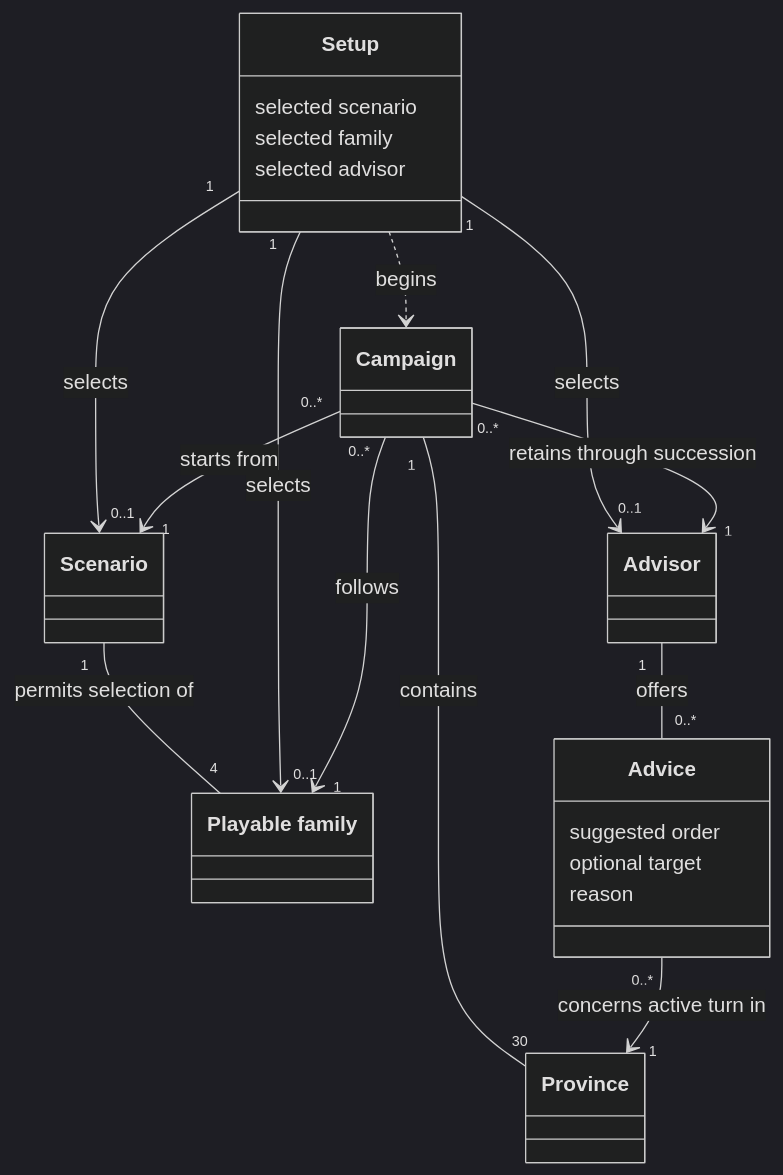
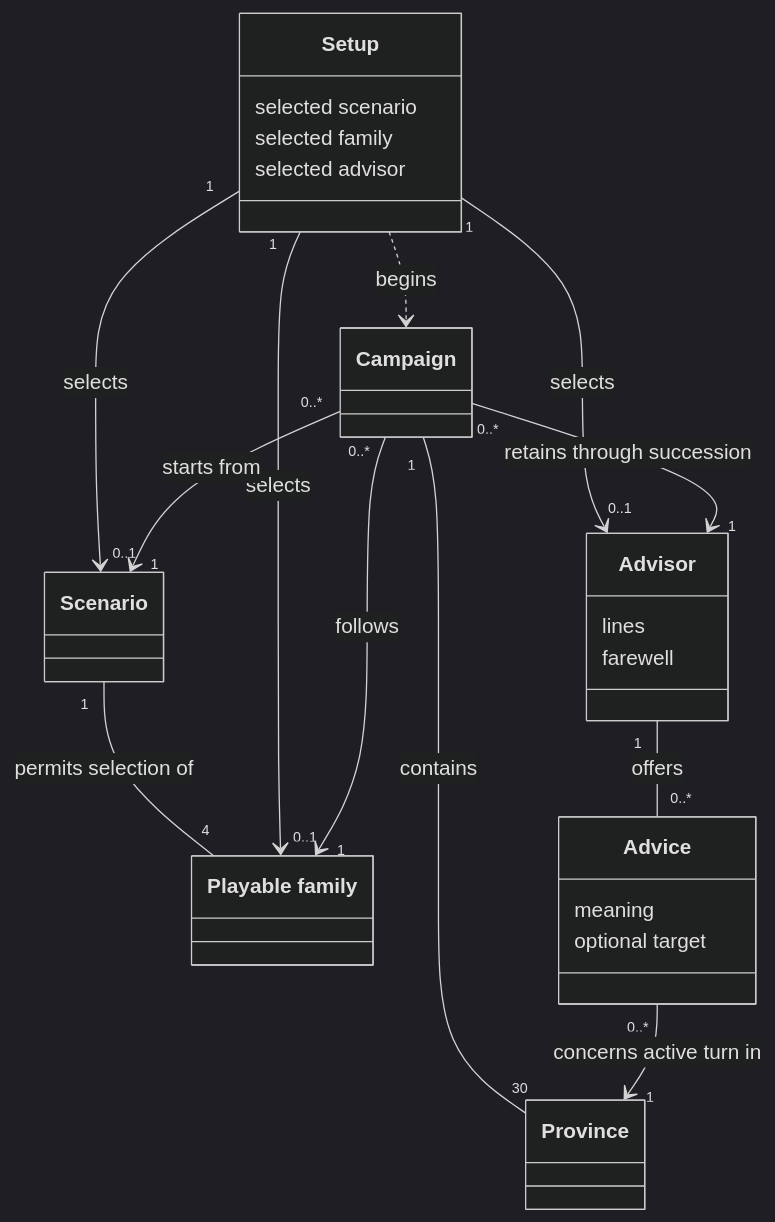
One commit to pslotinsky/kunstkamera changed the first of 2 diagrams in gemstorm/docs/design/16-new-game-and-advisors.md. Above: the diagram before and after it, drawn with Mermaid (dark theme). The commit also changed other lines of this file and 30 other files, not shown here.

````diff
--- a/gemstorm/docs/design/16-new-game-and-advisors.md
+++ b/gemstorm/docs/design/16-new-game-and-advisors.md
@@ -212,29 +267,31 @@
 ```mermaid
 classDiagram
   class Scenario
   class Campaign
   class Setup {
     selected scenario
     selected family
     selected advisor
   }
   class Family["Playable family"]
   class Province
-  class Advisor
+  class Advisor {
+    lines
+    farewell
+  }
   class Advice {
-    suggested order
+    meaning
     optional target
-    reason
   }
   Scenario "1" -- "4" Family : permits selection of
   Setup "1" --> "0..1" Scenario : selects
   Setup "1" --> "0..1" Family : selects
   Setup "1" --> "0..1" Advisor : selects
   Setup ..> Campaign : begins
   Campaign "0..*" --> "1" Scenario : starts from
   Campaign "0..*" --> "1" Family : follows
   Campaign "0..*" --> "1" Advisor : retains through succession
   Campaign "1" -- "30" Province : contains
   Advisor "1" -- "0..*" Advice : offers
   Advice "0..*" --> "1" Province : concerns active turn in
 ```
````
